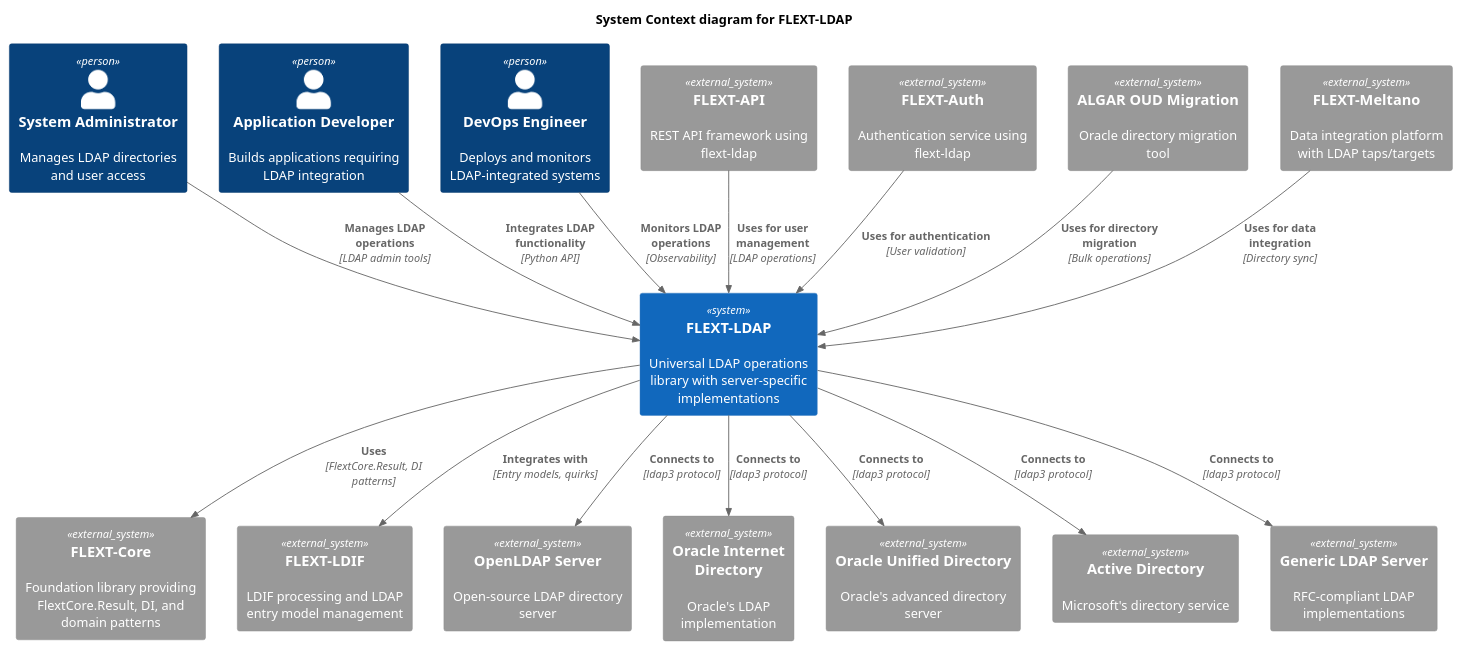
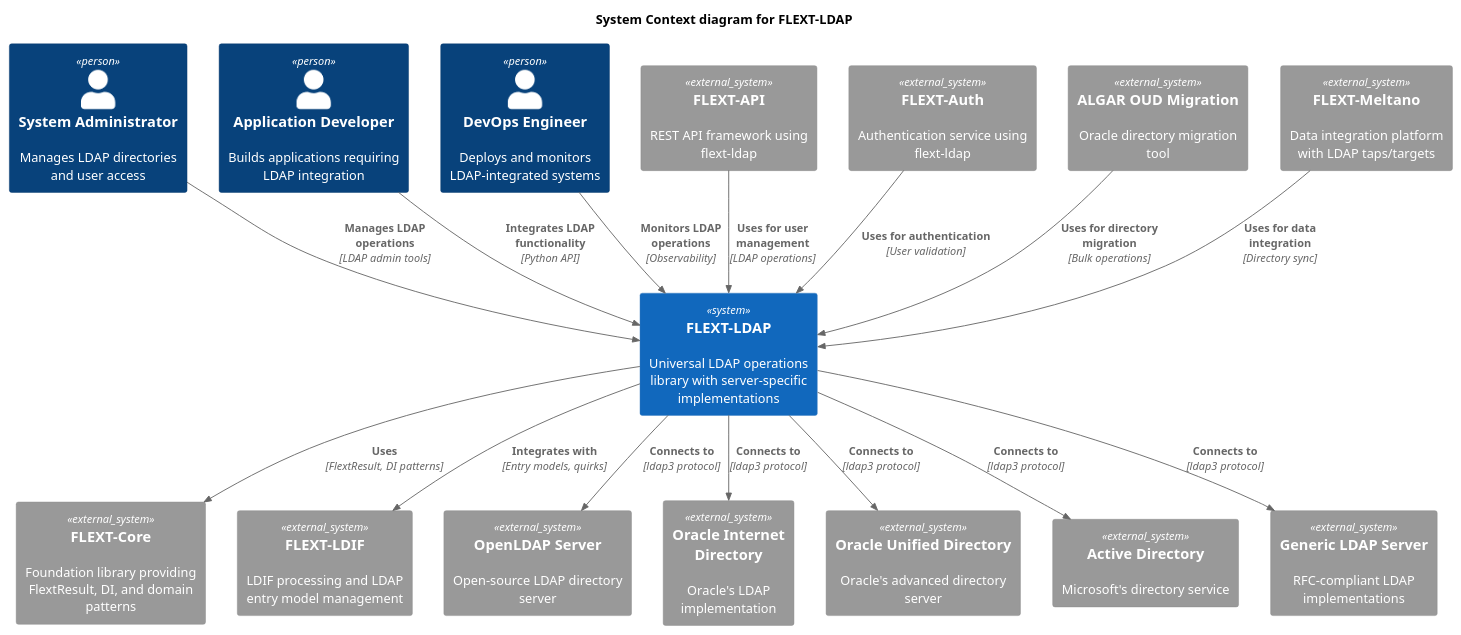
One commit to flext-sh/flext-ldap changed the diagram in docs/architecture/c4-system-context.md. Above: the diagram before and after it, drawn with PlantUML. The commit also changed other lines of this file and 121 other files, not shown here.

````diff
--- a/docs/architecture/c4-system-context.md
+++ b/docs/architecture/c4-system-context.md
@@ -11,46 +11,46 @@
 ```plantuml
 @startuml FLEXT-LDAP System Context
 !include https://raw.githubusercontent.com/plantuml-stdlib/C4-PlantUML/master/C4_Context.puml
 
 title System Context diagram for FLEXT-LDAP
 
 Person(admin, "System Administrator", "Manages LDAP directories and user access")
 Person(developer, "Application Developer", "Builds applications requiring LDAP integration")
 Person(operator, "DevOps Engineer", "Deploys and monitors LDAP-integrated systems")
 
 System(flext_ldap, "FLEXT-LDAP", "Universal LDAP operations library with server-specific implementations")
 
-System_Ext(flext_core, "FLEXT-Core", "Foundation library providing FlextCore.Result, DI, and domain patterns")
+System_Ext(flext_core, "FLEXT-Core", "Foundation library providing FlextResult, DI, and domain patterns")
 System_Ext(flext_ldif, "FLEXT-LDIF", "LDIF processing and LDAP entry model management")
 
 System_Ext(openldap, "OpenLDAP Server", "Open-source LDAP directory server")
 System_Ext(oracle_oid, "Oracle Internet Directory", "Oracle's LDAP implementation")
 System_Ext(oracle_oud, "Oracle Unified Directory", "Oracle's advanced directory server")
 System_Ext(active_directory, "Active Directory", "Microsoft's directory service")
 System_Ext(generic_ldap, "Generic LDAP Server", "RFC-compliant LDAP implementations")
 
 System_Ext(flext_api, "FLEXT-API", "REST API framework using flext-ldap")
 System_Ext(flext_auth, "FLEXT-Auth", "Authentication service using flext-ldap")
 System_Ext(algar_migration, "ALGAR OUD Migration", "Oracle directory migration tool")
 System_Ext(flext_meltano, "FLEXT-Meltano", "Data integration platform with LDAP taps/targets")
 
 Rel(admin, flext_ldap, "Manages LDAP operations", "LDAP admin tools")
 Rel(developer, flext_ldap, "Integrates LDAP functionality", "Python API")
 Rel(operator, flext_ldap, "Monitors LDAP operations", "Observability")
 
-Rel(flext_ldap, flext_core, "Uses", "FlextCore.Result, DI patterns")
+Rel(flext_ldap, flext_core, "Uses", "FlextResult, DI patterns")
 Rel(flext_ldap, flext_ldif, "Integrates with", "Entry models, quirks")
 
 Rel(flext_ldap, openldap, "Connects to", "ldap3 protocol")
 Rel(flext_ldap, oracle_oid, "Connects to", "ldap3 protocol")
 Rel(flext_ldap, oracle_oud, "Connects to", "ldap3 protocol")
 Rel(flext_ldap, active_directory, "Connects to", "ldap3 protocol")
 Rel(flext_ldap, generic_ldap, "Connects to", "ldap3 protocol")
 
 Rel(flext_api, flext_ldap, "Uses for user management", "LDAP operations")
 Rel(flext_auth, flext_ldap, "Uses for authentication", "User validation")
 Rel(algar_migration, flext_ldap, "Uses for directory migration", "Bulk operations")
 Rel(flext_meltano, flext_ldap, "Uses for data integration", "Directory sync")
 
 @enduml
 ```
````
